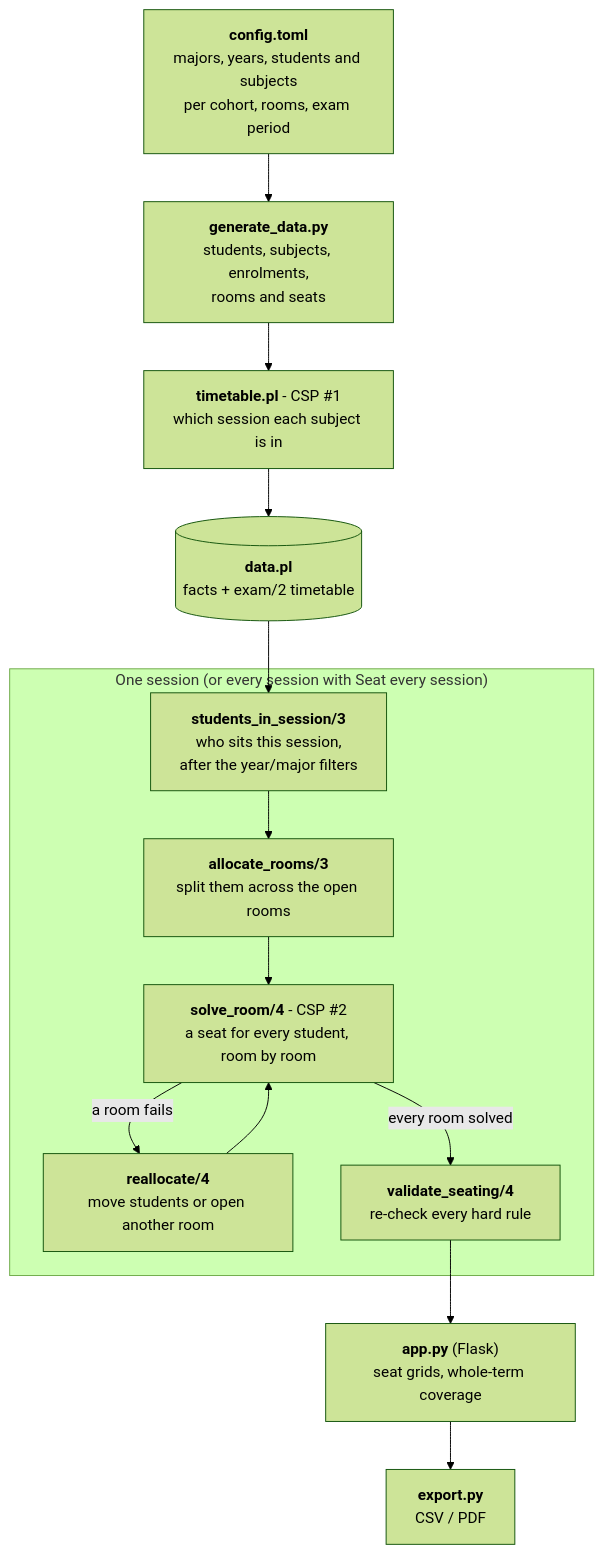
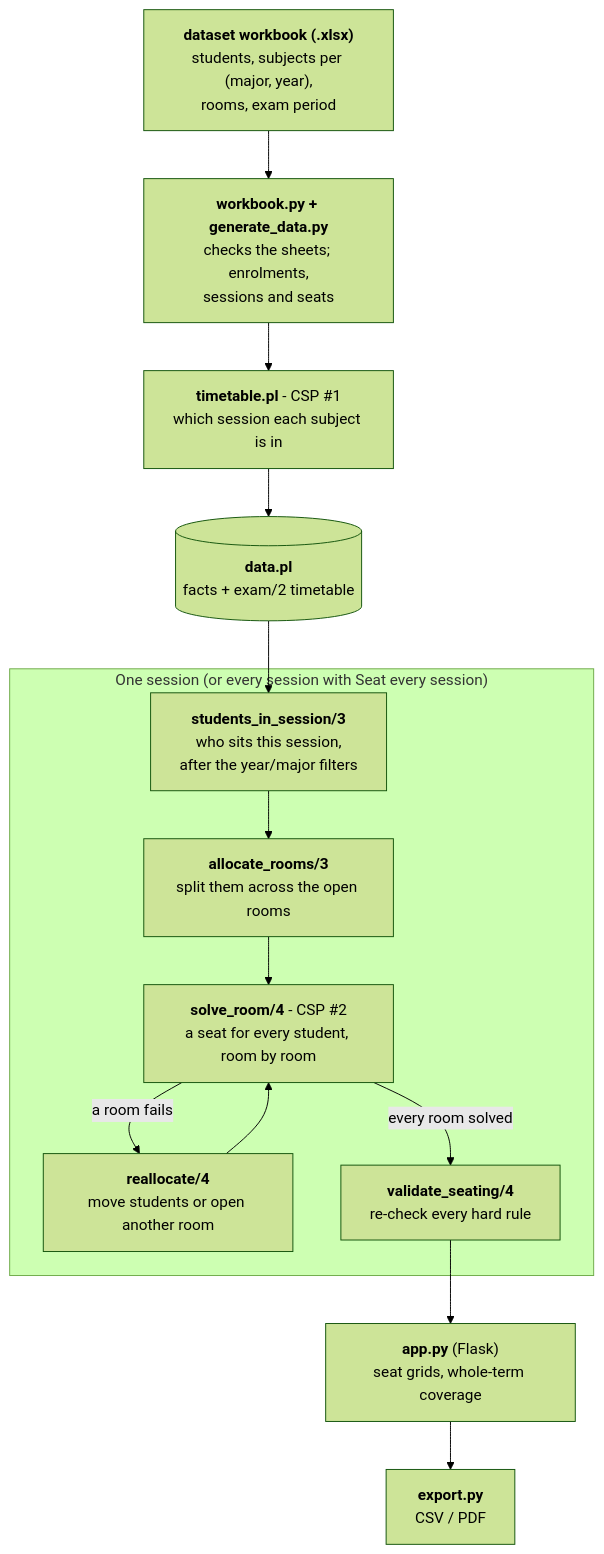
The diagram in README.md (SawZiDunn/smart-examseat), drawn with Mermaid (forest theme) before and after one commit. The commit also changed other lines of this file and 21 other files, not shown here.

First line of the commit message:
feat: Import the dataset as an Excel workbook

````diff
--- a/README.md
+++ b/README.md
@@ -16,20 +16,20 @@
 ```mermaid
 flowchart TD
-    cfg["<b>config.toml</b><br/>majors, years, students and subjects<br/>per cohort, rooms, exam period"]
-    gen["<b>generate_data.py</b><br/>students, subjects, enrolments,<br/>rooms and seats"]
+    cfg["<b>dataset workbook (.xlsx)</b><br/>students, subjects per (major, year),<br/>rooms, exam period"]
+    gen["<b>workbook.py + generate_data.py</b><br/>checks the sheets; enrolments,<br/>sessions and seats"]
     tt["<b>timetable.pl</b> - CSP #1<br/>which session each subject is in"]
     data[("<b>data.pl</b><br/>facts + exam/2 timetable")]
     cfg --> gen --> tt --> data
     data --> pick
     subgraph one ["One session (or every session with Seat every session)"]
         pick["<b>students_in_session/3</b><br/>who sits this session,<br/>after the year/major filters"]
         alloc["<b>allocate_rooms/3</b><br/>split them across the open rooms"]
         solve["<b>solve_room/4</b> - CSP #2<br/>a seat for every student, room by room"]
         re["<b>reallocate/4</b><br/>move students or open another room"]
         val["<b>validate_seating/4</b><br/>re-check every hard rule"]
         pick --> alloc --> solve
         solve -- "a room fails" --> re --> solve
         solve -- "every room solved" --> val
     end
     val --> ui["<b>app.py</b> (Flask)<br/>seat grids, whole-term coverage"] --> out["<b>export.py</b><br/>CSV / PDF"]
 ```
````
